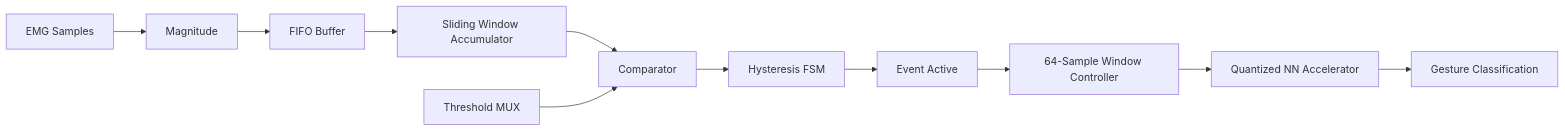
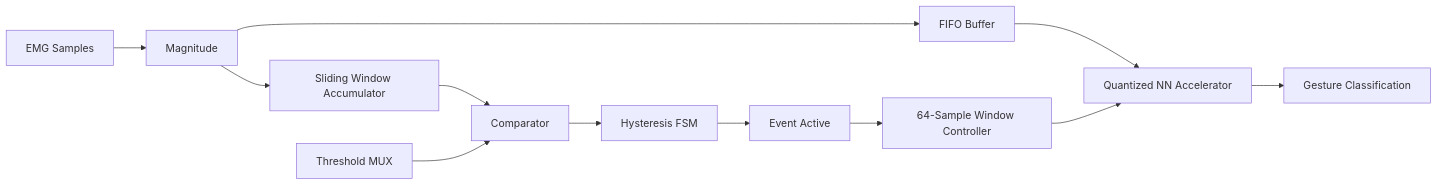
One commit to Tonyflexc/event-driven-emg-soc changed the diagram in README.md. Above: the diagram before and after it, drawn with Mermaid. The commit also changed other lines of this file, not shown here.

First line of the commit message:
Revise README for math formatting and flowchart updates

````diff
--- a/README.md
+++ b/README.md
@@ -9,13 +9,13 @@
 ```mermaid
 flowchart LR
     A[EMG Samples] --> B[Magnitude]
-    B --> C[FIFO Buffer]
-    C --> D[Sliding Window Accumulator]
+    B --> C[FIFO Buffer] --> J
+    B --> D[Sliding Window Accumulator]
     D --> E[Comparator]
     F[Threshold MUX] --> E
     E --> G[Hysteresis FSM]
     G --> H[Event Active]
     H --> I[64-Sample Window Controller]
     I --> J[Quantized NN Accelerator]
     J --> K[Gesture Classification]
 ```
````
